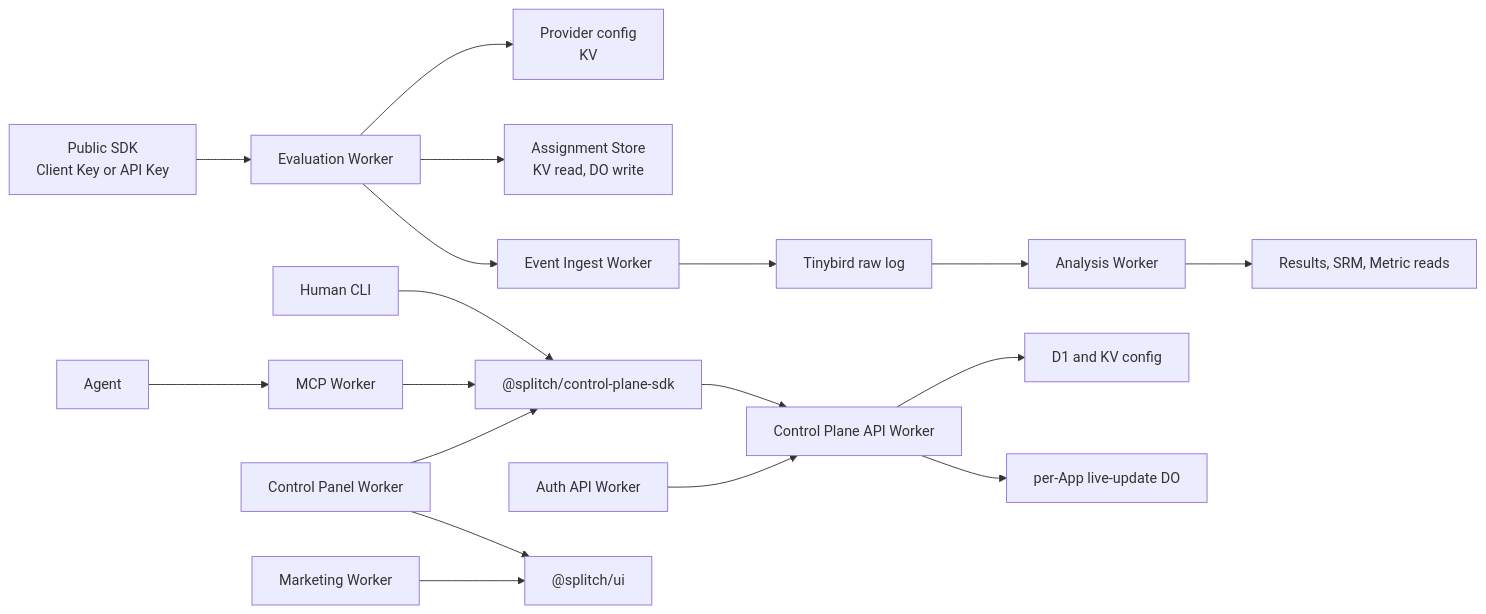
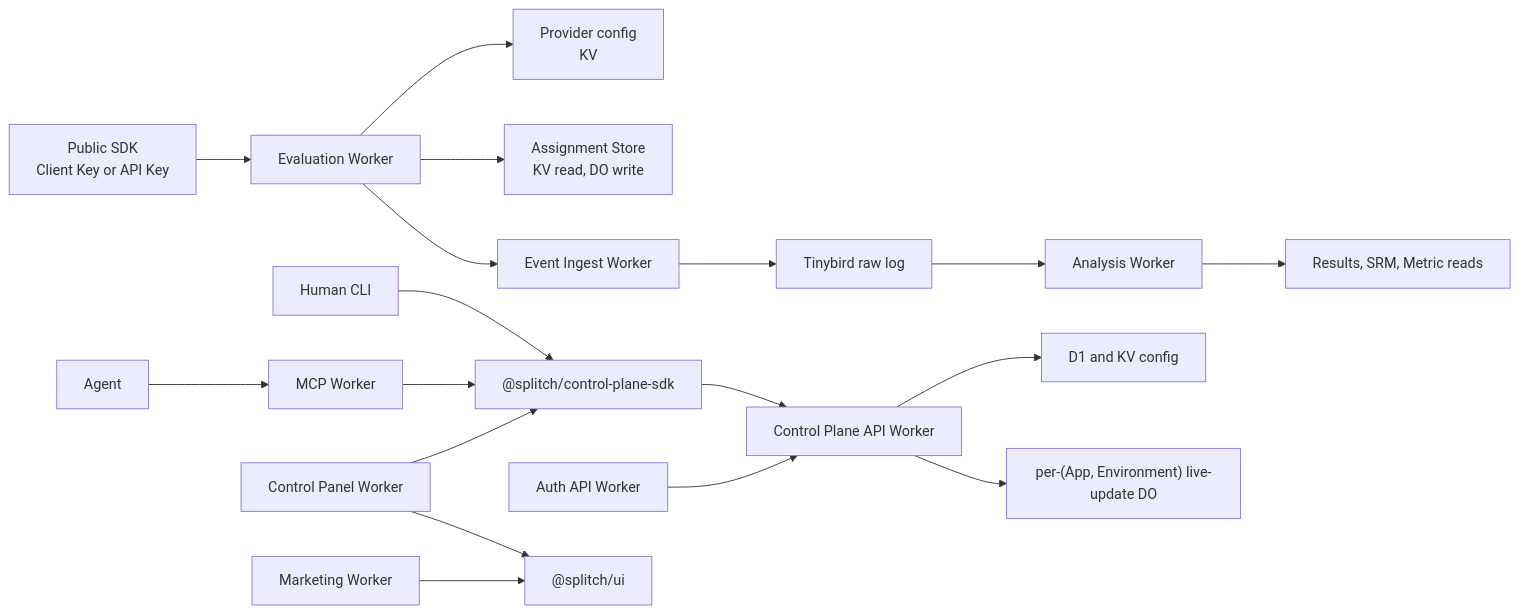
Before and after one commit to zaks-io/splitch: the diagram in docs/architecture/system-architecture.md, drawn with Mermaid. The commit also changed other lines of this file and 6 other files, not shown here.

First line of the commit message:
docs(architecture): sweep narrative docs to current ADRs

````diff
--- a/docs/architecture/system-architecture.md
+++ b/docs/architecture/system-architecture.md
@@ -16,21 +16,21 @@
 ```mermaid
 flowchart LR
   SDK["Public SDK<br/>Client Key or API Key"] --> Eval["Evaluation Worker"]
   Eval --> Provider["Provider config<br/>KV"]
   Eval --> Store["Assignment Store<br/>KV read, DO write"]
   Eval --> Ingest["Event Ingest Worker"]
   Ingest --> Tinybird["Tinybird raw log"]
   Tinybird --> Analysis["Analysis Worker"]
   Analysis --> Results["Results, SRM, Metric reads"]
 
   Human["Human CLI"] --> Client["@splitch/control-plane-sdk"]
   Agent["Agent"] --> MCP["MCP Worker"]
   MCP --> Client
   Client --> CPA["Control Plane API Worker"]
   Panel["Control Panel Worker"] --> Client
   CPA --> D1["D1 and KV config"]
-  CPA --> Fanout["per-App live-update DO"]
+  CPA --> Fanout["per-(App, Environment) live-update DO"]
   Auth["Auth API Worker"] --> CPA
   Marketing["Marketing Worker"] --> UI["@splitch/ui"]
   Panel --> UI
 ```
````
